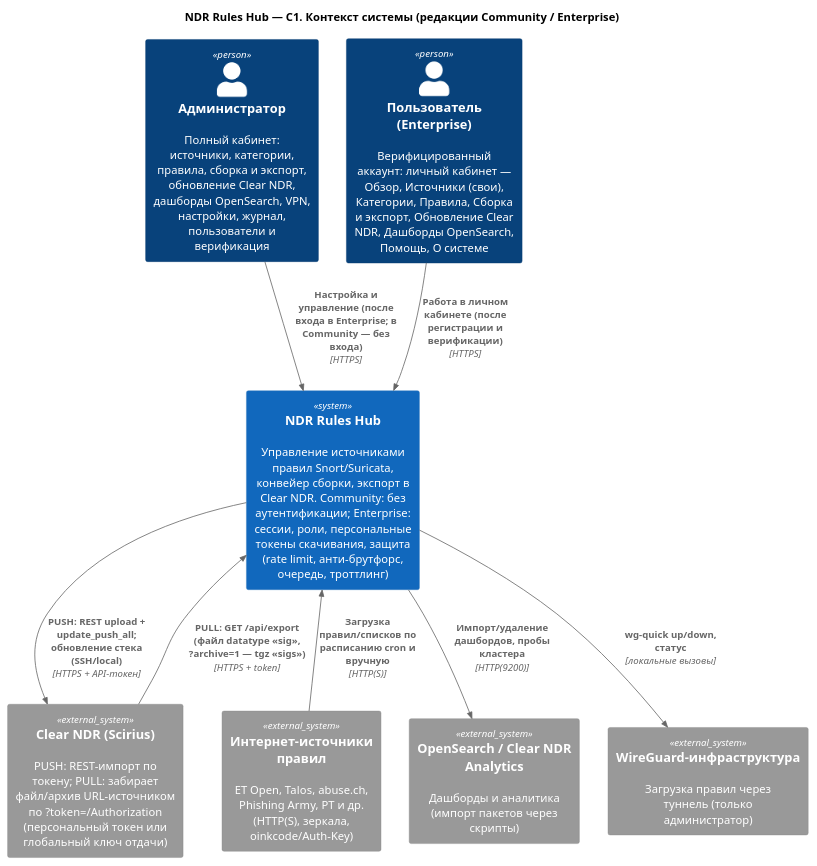
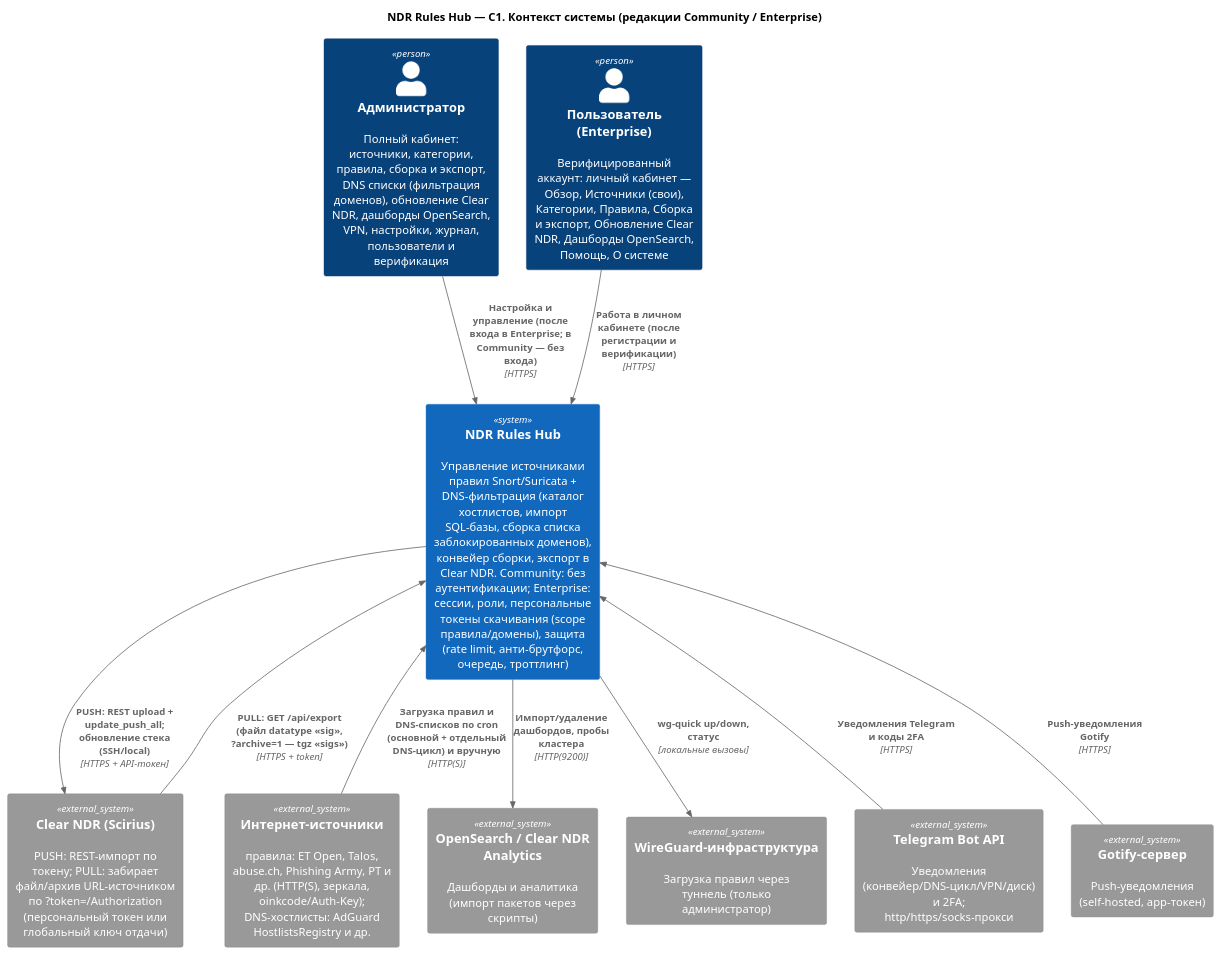
One commit to NoIDXMV6/ndr-rules-hub changed the diagram in docs/diagrams/c1-context.puml. Above: the diagram before and after it, drawn with PlantUML. The commit also changed 28 other files, not shown here.

```diff
--- a/docs/diagrams/c1-context.puml
+++ b/docs/diagrams/c1-context.puml
@@ -7,21 +7,25 @@
 @startuml c1-context
 !include <C4/C4_Context>
 title NDR Rules Hub — C1. Контекст системы (редакции Community / Enterprise)
 
-Person(admin, "Администратор", "Полный кабинет: источники, категории, правила, сборка и экспорт, обновление Clear NDR, дашборды OpenSearch, VPN, настройки, журнал, пользователи и верификация")
+Person(admin, "Администратор", "Полный кабинет: источники, категории, правила, сборка и экспорт, DNS списки (фильтрация доменов), обновление Clear NDR, дашборды OpenSearch, VPN, настройки, журнал, пользователи и верификация")
 Person(user, "Пользователь (Enterprise)", "Верифицированный аккаунт: личный кабинет — Обзор, Источники (свои), Категории, Правила, Сборка и экспорт, Обновление Clear NDR, Дашборды OpenSearch, Помощь, О системе")
-System(hub, "NDR Rules Hub", "Управление источниками правил Snort/Suricata, конвейер сборки, экспорт в Clear NDR. Community: без аутентификации; Enterprise: сессии, роли, персональные токены скачивания, защита (rate limit, анти-брутфорс, очередь, троттлинг)")
+System(hub, "NDR Rules Hub", "Управление источниками правил Snort/Suricata + DNS-фильтрация (каталог хостлистов, импорт SQL-базы, сборка списка заблокированных доменов), конвейер сборки, экспорт в Clear NDR. Community: без аутентификации; Enterprise: сессии, роли, персональные токены скачивания (scope правила/домены), защита (rate limit, анти-брутфорс, очередь, троттлинг)")
 
 System_Ext(clearndr, "Clear NDR (Scirius)", "PUSH: REST-импорт по токену; PULL: забирает файл/архив URL-источником по ?token=/Authorization (персональный токен или глобальный ключ отдачи)")
-System_Ext(feeds, "Интернет-источники правил", "ET Open, Talos, abuse.ch, Phishing Army, PT и др. (HTTP(S), зеркала, oinkcode/Auth-Key)")
+System_Ext(feeds, "Интернет-источники", "правила: ET Open, Talos, abuse.ch, Phishing Army, PT и др. (HTTP(S), зеркала, oinkcode/Auth-Key); DNS-хостлисты: AdGuard HostlistsRegistry и др.")
 System_Ext(osd, "OpenSearch / Clear NDR Analytics", "Дашборды и аналитика (импорт пакетов через скрипты)")
 System_Ext(wg, "WireGuard-инфраструктура", "Загрузка правил через туннель (только администратор)")
+System_Ext(telegram, "Telegram Bot API", "Уведомления (конвейер/DNS-цикл/VPN/диск) и 2FA; http/https/socks-прокси")
+System_Ext(gotify, "Gotify-сервер", "Push-уведомления (self-hosted, app-токен)")
 
 Rel(admin, hub, "Настройка и управление (после входа в Enterprise; в Community — без входа)", "HTTPS")
 Rel(user, hub, "Работа в личном кабинете (после регистрации и верификации)", "HTTPS")
-Rel_Back(hub, feeds, "Загрузка правил/списков по расписанию cron и вручную", "HTTP(S)")
+Rel_Back(hub, feeds, "Загрузка правил и DNS-списков по cron (основной + отдельный DNS-цикл) и вручную", "HTTP(S)")
 Rel(clearndr, hub, "PULL: GET /api/export (файл datatype «sig», ?archive=1 — tgz «sigs»)", "HTTPS + token")
 Rel(hub, clearndr, "PUSH: REST upload + update_push_all; обновление стека (SSH/local)", "HTTPS + API-токен")
 Rel(hub, osd, "Импорт/удаление дашбордов, пробы кластера", "HTTP(9200)")
 Rel(hub, wg, "wg-quick up/down, статус", "локальные вызовы")
+Rel_Back(hub, telegram, "Уведомления Telegram и коды 2FA", "HTTPS")
+Rel_Back(hub, gotify, "Push-уведомления Gotify", "HTTPS")
 @enduml
```
